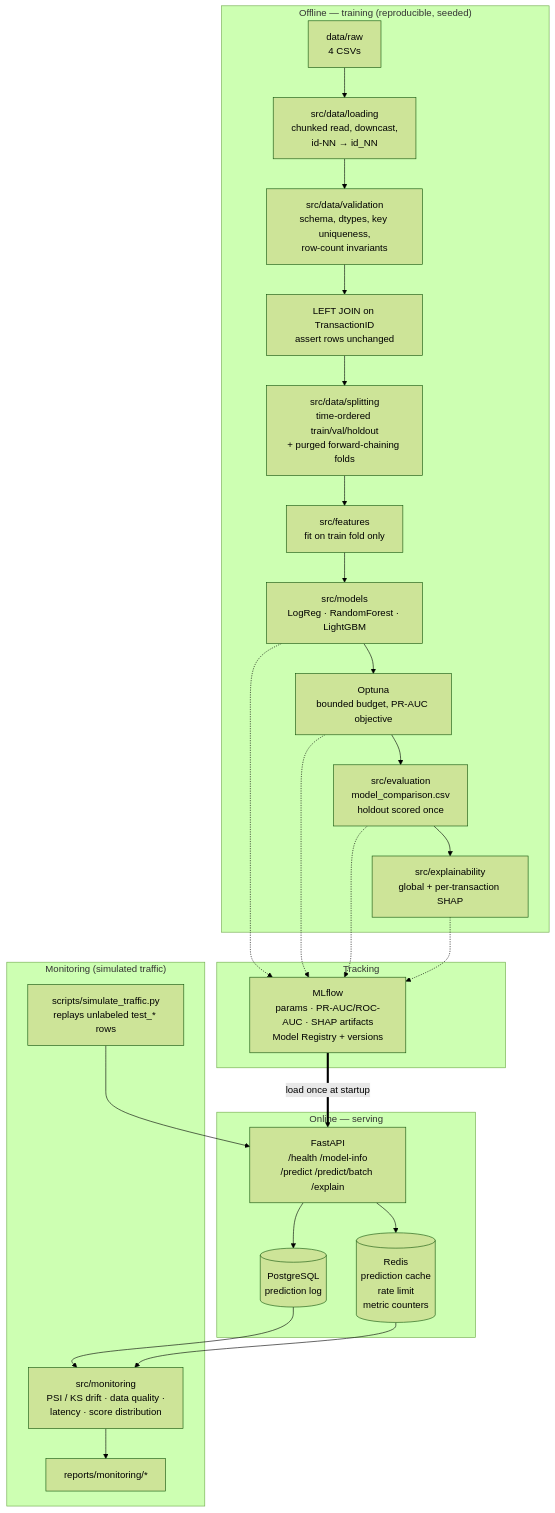
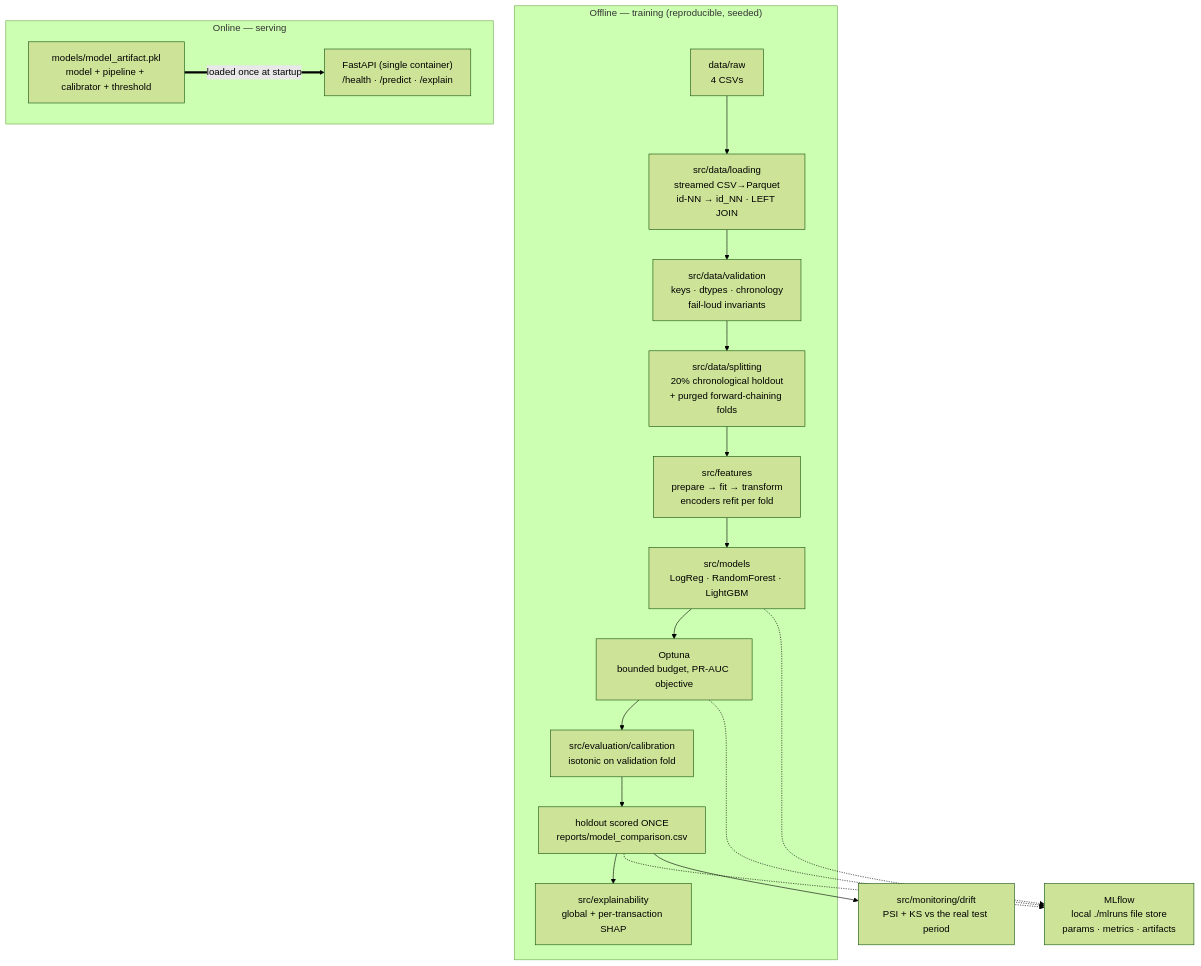
The diagram in docs/01_dataset_audit.md (sam200530/mlops), drawn with Mermaid (forest theme) before and after one commit. The commit also changed other lines of this file and 36 other files, not shown here.

````diff
--- a/docs/01_dataset_audit.md
+++ b/docs/01_dataset_audit.md
@@ -426,35 +441,27 @@
 ```mermaid
 flowchart TB
     subgraph OFF["Offline — training (reproducible, seeded)"]
-        RAW["data/raw<br/>4 CSVs"] --> LOAD["src/data/loading<br/>chunked read, downcast,<br/>id-NN → id_NN"]
-        LOAD --> VAL["src/data/validation<br/>schema, dtypes, key uniqueness,<br/>row-count invariants"]
-        VAL --> JOIN["LEFT JOIN on TransactionID<br/>assert rows unchanged"]
-        JOIN --> SPLIT["src/data/splitting<br/>time-ordered train/val/holdout<br/>+ purged forward-chaining folds"]
-        SPLIT --> FE["src/features<br/>fit on train fold only"]
+        RAW["data/raw<br/>4 CSVs"] --> LOAD["src/data/loading<br/>streamed CSV→Parquet<br/>id-NN → id_NN · LEFT JOIN"]
+        LOAD --> VAL["src/data/validation<br/>keys · dtypes · chronology<br/>fail-loud invariants"]
+        VAL --> SPLIT["src/data/splitting<br/>20% chronological holdout<br/>+ purged forward-chaining folds"]
+        SPLIT --> FE["src/features<br/>prepare → fit → transform<br/>encoders refit per fold"]
         FE --> TRAIN["src/models<br/>LogReg · RandomForest · LightGBM"]
         TRAIN --> TUNE["Optuna<br/>bounded budget, PR-AUC objective"]
-        TUNE --> EVAL["src/evaluation<br/>model_comparison.csv<br/>holdout scored once"]
+        TUNE --> CAL["src/evaluation/calibration<br/>isotonic on validation fold"]
+        CAL --> EVAL["holdout scored ONCE<br/>reports/model_comparison.csv"]
         EVAL --> SHAP["src/explainability<br/>global + per-transaction SHAP"]
     end
 
-    subgraph TRACK["Tracking"]
-        MLF["MLflow<br/>params · PR-AUC/ROC-AUC · SHAP artifacts<br/>Model Registry + versions"]
-    end
+    MLF["MLflow<br/>local ./mlruns file store<br/>params · metrics · artifacts"]
     TRAIN -.-> MLF
     TUNE -.-> MLF
     EVAL -.-> MLF
-    SHAP -.-> MLF
 
     subgraph ON["Online — serving"]
-        MLF ==>|"load once at startup"| API["FastAPI<br/>/health /model-info<br/>/predict /predict/batch /explain"]
-        API --> RD[("Redis<br/>prediction cache<br/>rate limit<br/>metric counters")]
-        API --> PG[("PostgreSQL<br/>prediction log")]
+        ART["models/model_artifact.pkl<br/>model + pipeline + calibrator + threshold"]
+        ART ==>|"loaded once at startup"| API["FastAPI (single container)<br/>/health · /predict · /explain"]
     end
 
-    subgraph MON["Monitoring (simulated traffic)"]
-        SIM["scripts/simulate_traffic.py<br/>replays unlabeled test_* rows"] --> API
-        PG --> DRIFT["src/monitoring<br/>PSI / KS drift · data quality ·<br/>latency · score distribution"]
-        RD --> DRIFT
-        DRIFT --> REP["reports/monitoring/*"]
-    end
+    DRIFT["src/monitoring/drift<br/>PSI + KS vs the real test period"]
+    EVAL --> DRIFT
 ```
````
